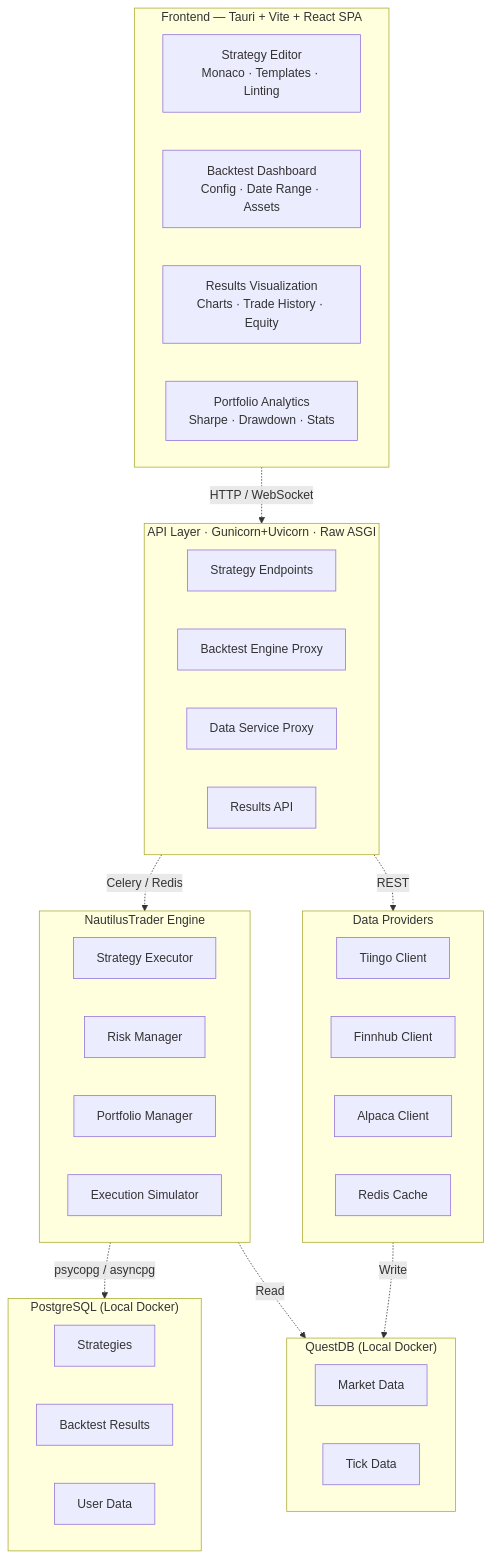
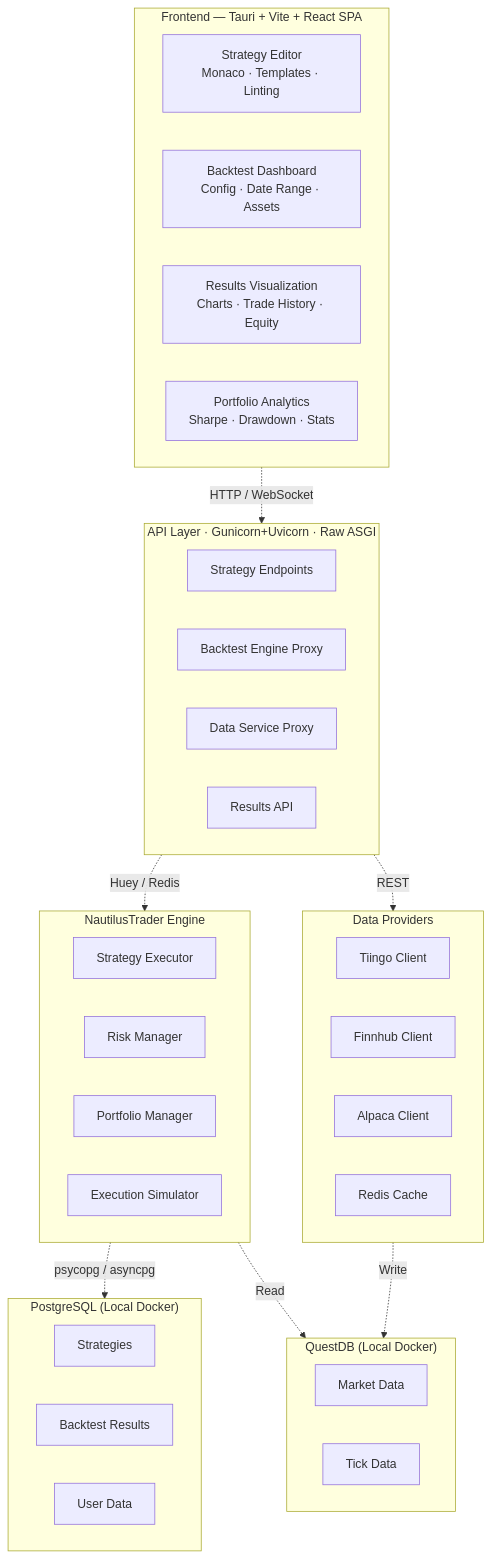
Before and after one commit to huydhoang/quantlens-docs: the first of 9 diagrams in ARCHITECTURE.md, drawn with Mermaid. The commit also changed other lines of this file and 2 other files, not shown here.

Commit message:
Add clarifying Q&A, remove Faust/Rocketry from tables, fix Celery→Huey in ARCHITECTURE.md and core_engine.md

````diff
--- a/ARCHITECTURE.md
+++ b/ARCHITECTURE.md
@@ -7,54 +7,54 @@
 ```mermaid
 flowchart TD
     subgraph Frontend["Frontend — Tauri + Vite + React SPA"]
         direction LR
         B["Strategy Editor<br/>Monaco · Templates · Linting"]
         C["Backtest Dashboard<br/>Config · Date Range · Assets"]
         D["Results Visualization<br/>Charts · Trade History · Equity"]
         E["Portfolio Analytics<br/>Sharpe · Drawdown · Stats"]
     end
 
     subgraph API["API Layer · Gunicorn+Uvicorn · Raw ASGI"]
         direction LR
         G[Strategy Endpoints]
         H[Backtest Engine Proxy]
         I[Data Service Proxy]
         J[Results API]
     end
 
     subgraph Nautilus["NautilusTrader Engine"]
         direction LR
         K1[Strategy Executor]
         K2[Risk Manager]
         K3[Portfolio Manager]
         K4[Execution Simulator]
     end
 
     subgraph DataProv["Data Providers"]
         direction LR
         L0[Tiingo Client]
         L1[Finnhub Client]
         L2[Alpaca Client]
         L3[Redis Cache]
     end
 
     subgraph PG["PostgreSQL (Local Docker)"]
         direction LR
         M1[Strategies]
         M2[Backtest Results]
         M3[User Data]
     end
 
     subgraph TSDB["QuestDB (Local Docker)"]
         direction LR
         N1[Market Data]
         N2[Tick Data]
     end
 
     Frontend -.->|HTTP / WebSocket| API
-    API -.->|Celery / Redis| Nautilus
+    API -.->|Huey / Redis| Nautilus
     API -.->|REST| DataProv
     Nautilus -.->|psycopg / asyncpg| PG
     DataProv -.->|Write| TSDB
     Nautilus -.->|Read| TSDB
 ```
````
